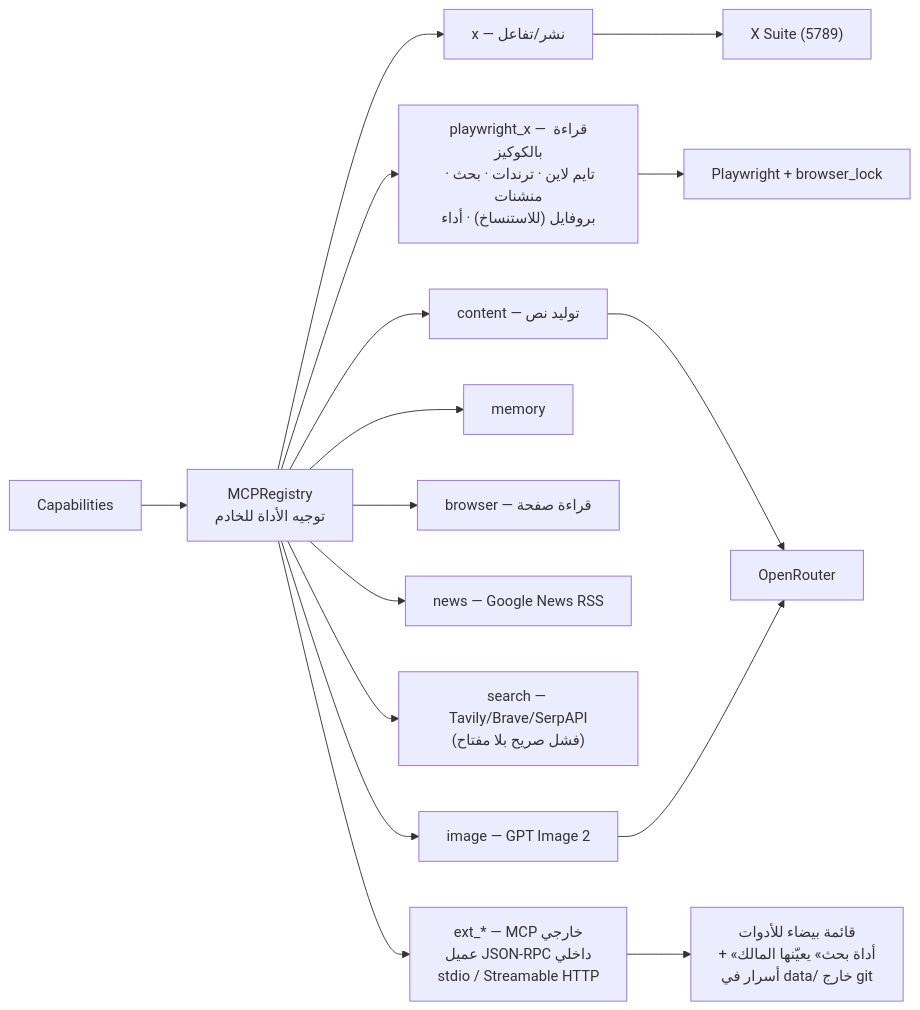
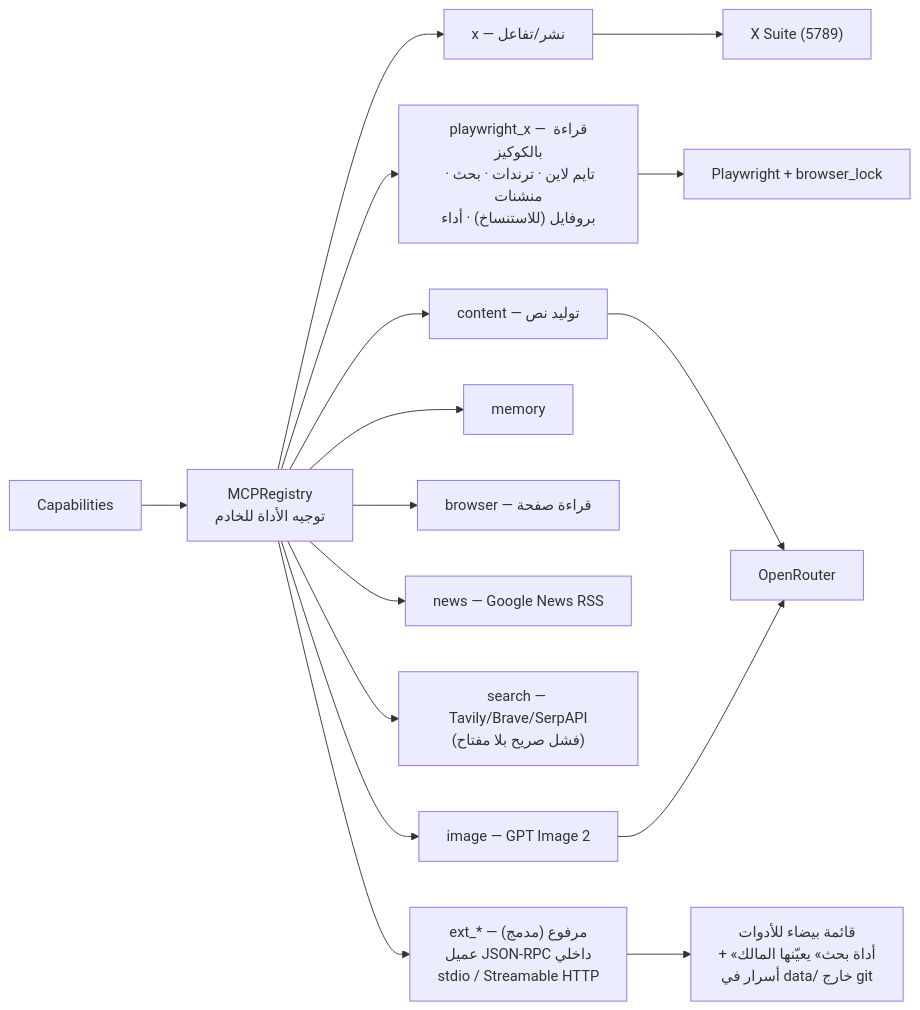
The eighth of 10 diagrams in docs/ARCHITECTURE.md (Mrsos07/Moj-Agentic-AI), drawn with Mermaid before and after one commit. The commit also changed other lines of this file and 76 other files, not shown here.

````diff
--- a/docs/ARCHITECTURE.md
+++ b/docs/ARCHITECTURE.md
@@ -295,21 +298,21 @@
 ```mermaid
 flowchart LR
     CAP["Capabilities"] --> REG["MCPRegistry<br/>توجيه الأداة للخادم"]
 
     REG --> X1["x — نشر/تفاعل"]
     REG --> X2["playwright_x — قراءة بالكوكيز<br/>تايم لاين · ترندات · بحث · منشنات<br/>بروفايل (للاستنساخ) · أداء"]
     REG --> C1["content — توليد نص"]
     REG --> C2["memory"]
     REG --> C3["browser — قراءة صفحة"]
     REG --> C4["news — Google News RSS"]
     REG --> C5["search — Tavily/Brave/SerpAPI<br/>(فشل صريح بلا مفتاح)"]
     REG --> C6["image — GPT Image 2"]
-    REG --> EXT["ext_* — MCP خارجي<br/>عميل JSON-RPC داخلي<br/>stdio / Streamable HTTP"]
+    REG --> EXT["ext_* — مرفوع (مدمج)<br/>عميل JSON-RPC داخلي<br/>stdio / Streamable HTTP"]
 
     EXT --> WL["قائمة بيضاء للأدوات<br/>+ «أداة بحث» يعيّنها المالك<br/>أسرار في data/ خارج git"]
 
     X1 --> XS["X Suite (5789)"]
     X2 --> PW["Playwright + browser_lock"]
     C1 --> OR["OpenRouter"]
     C6 --> OR
 ```
````
